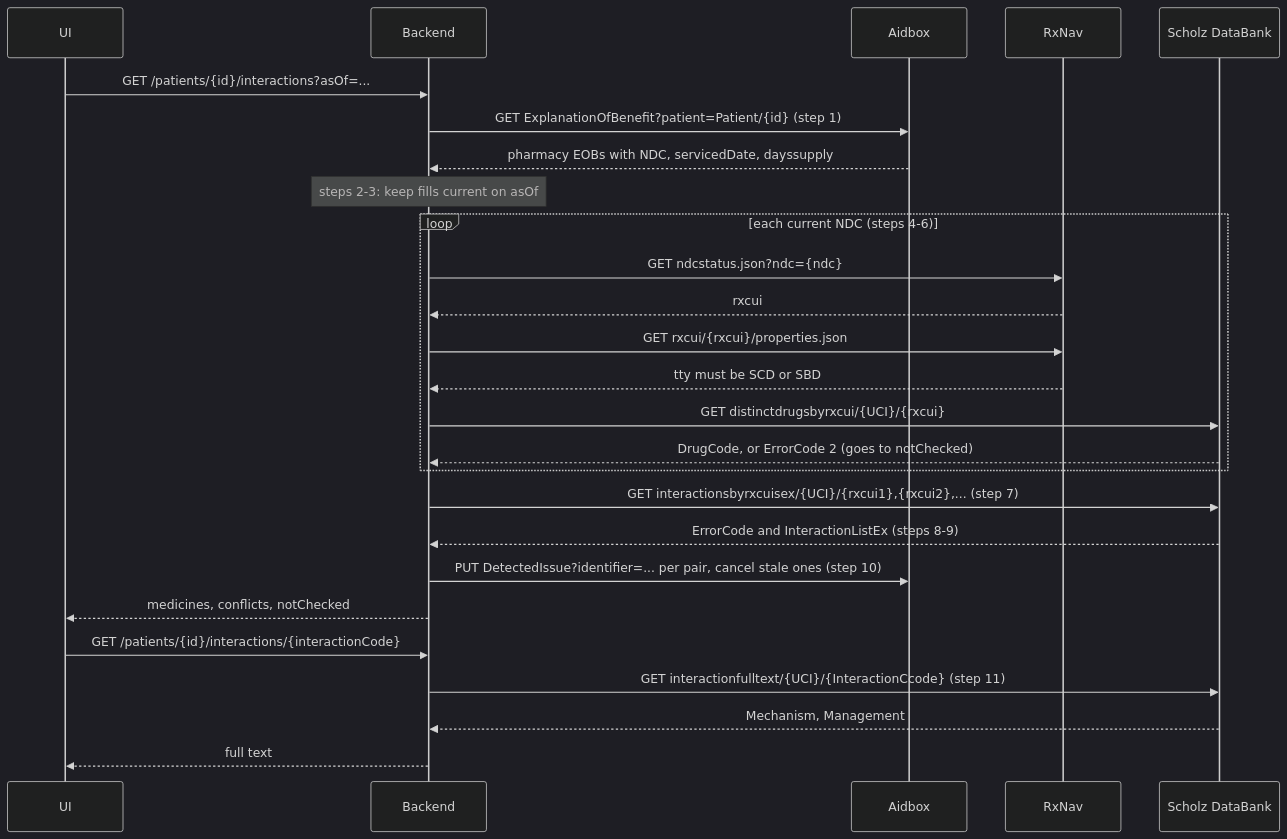
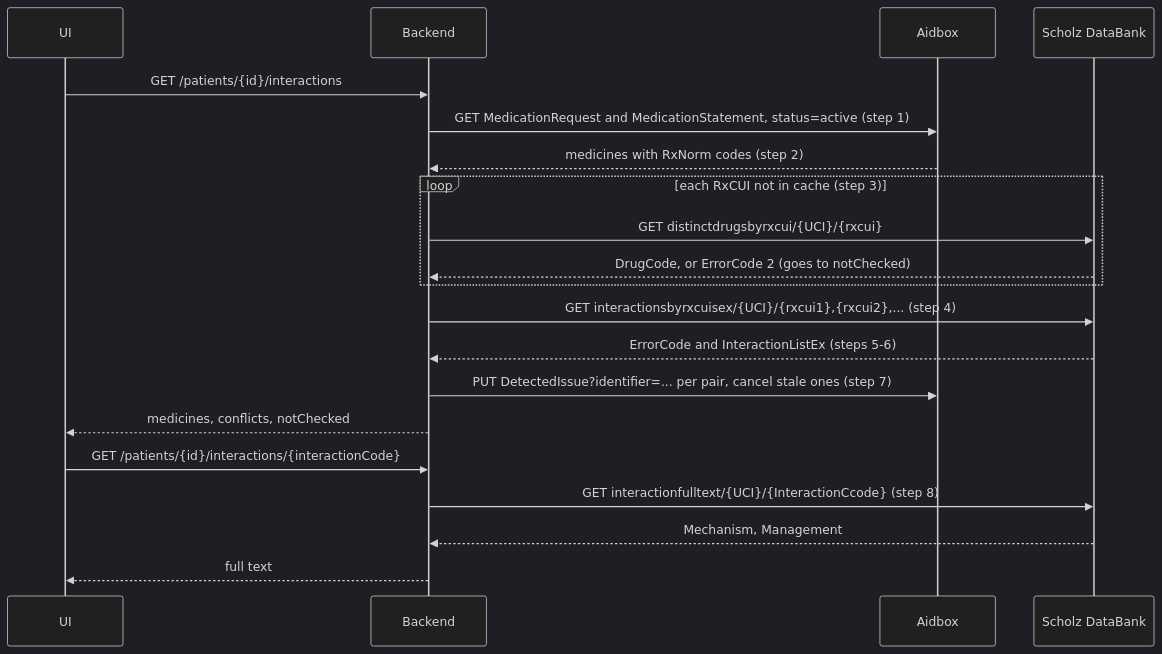
The diagram in docs/ddi-backend.md (aleksandr-oleinikov/fhir_camp_2026), drawn with Mermaid (dark theme) before and after one commit. The commit also changed other lines of this file, not shown here.

First line of the commit message:
Read medicines from Aidbox and call Scholz directly

````diff
--- a/docs/ddi-backend.md
+++ b/docs/ddi-backend.md
@@ -18,30 +20,24 @@
 ```mermaid
 sequenceDiagram
     participant UI
     participant BE as Backend
     participant AB as Aidbox
-    participant RX as RxNav
     participant SDB as Scholz DataBank
 
-    UI->>BE: GET /patients/{id}/interactions?asOf=...
-    BE->>AB: GET ExplanationOfBenefit?patient=Patient/{id} (step 1)
-    AB-->>BE: pharmacy EOBs with NDC, servicedDate, dayssupply
-    Note over BE: steps 2-3: keep fills current on asOf
-    loop each current NDC (steps 4-6)
-        BE->>RX: GET ndcstatus.json?ndc={ndc}
-        RX-->>BE: rxcui
-        BE->>RX: GET rxcui/{rxcui}/properties.json
-        RX-->>BE: tty must be SCD or SBD
+    UI->>BE: GET /patients/{id}/interactions
+    BE->>AB: GET MedicationRequest and MedicationStatement, status=active (step 1)
+    AB-->>BE: medicines with RxNorm codes (step 2)
+    loop each RxCUI not in cache (step 3)
         BE->>SDB: GET distinctdrugsbyrxcui/{UCI}/{rxcui}
         SDB-->>BE: DrugCode, or ErrorCode 2 (goes to notChecked)
     end
-    BE->>SDB: GET interactionsbyrxcuisex/{UCI}/{rxcui1},{rxcui2},... (step 7)
-    SDB-->>BE: ErrorCode and InteractionListEx (steps 8-9)
-    BE->>AB: PUT DetectedIssue?identifier=... per pair, cancel stale ones (step 10)
+    BE->>SDB: GET interactionsbyrxcuisex/{UCI}/{rxcui1},{rxcui2},... (step 4)
+    SDB-->>BE: ErrorCode and InteractionListEx (steps 5-6)
+    BE->>AB: PUT DetectedIssue?identifier=... per pair, cancel stale ones (step 7)
     BE-->>UI: medicines, conflicts, notChecked
 
     UI->>BE: GET /patients/{id}/interactions/{interactionCode}
-    BE->>SDB: GET interactionfulltext/{UCI}/{InteractionCcode} (step 11)
+    BE->>SDB: GET interactionfulltext/{UCI}/{InteractionCcode} (step 8)
     SDB-->>BE: Mechanism, Management
     BE-->>UI: full text
 ```
````
